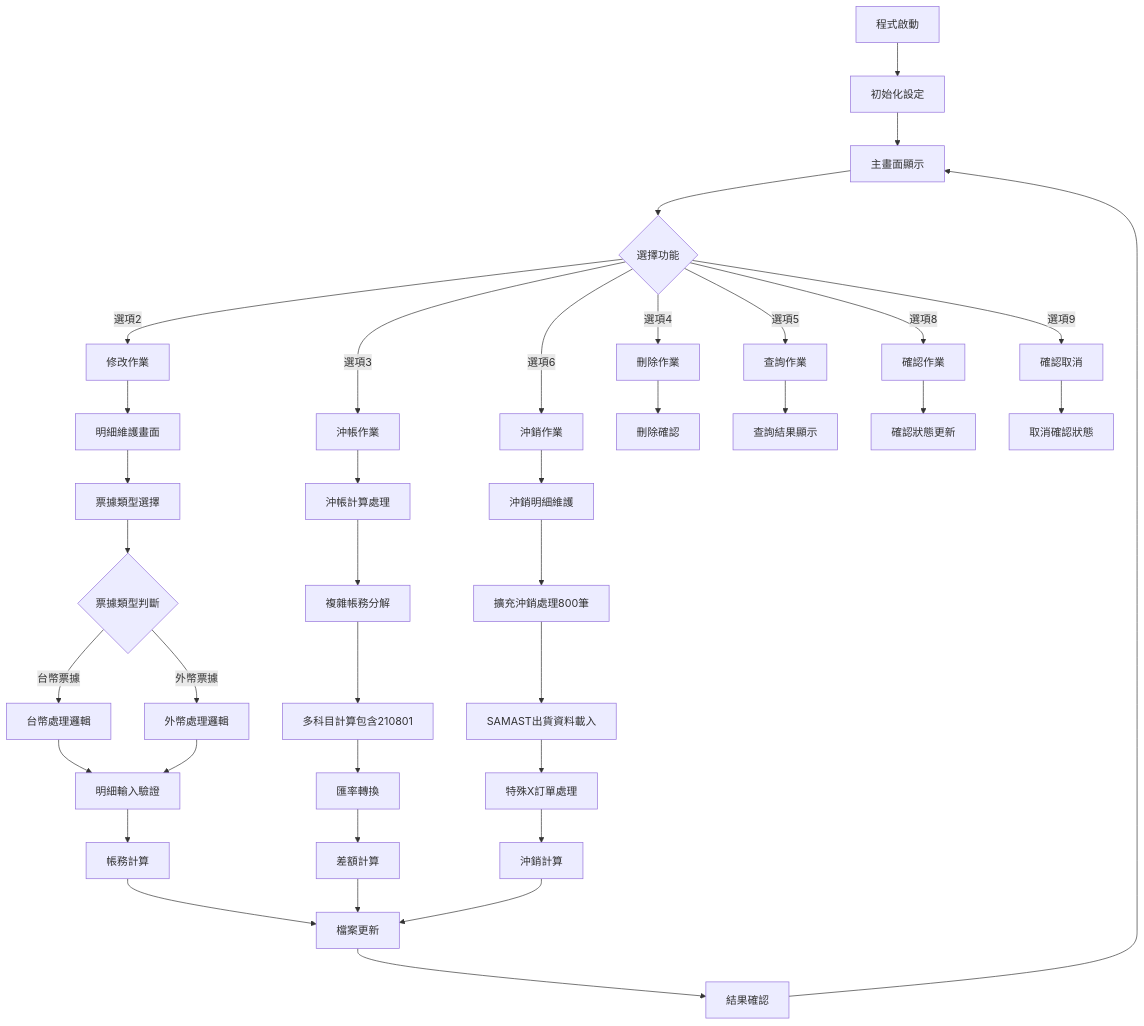
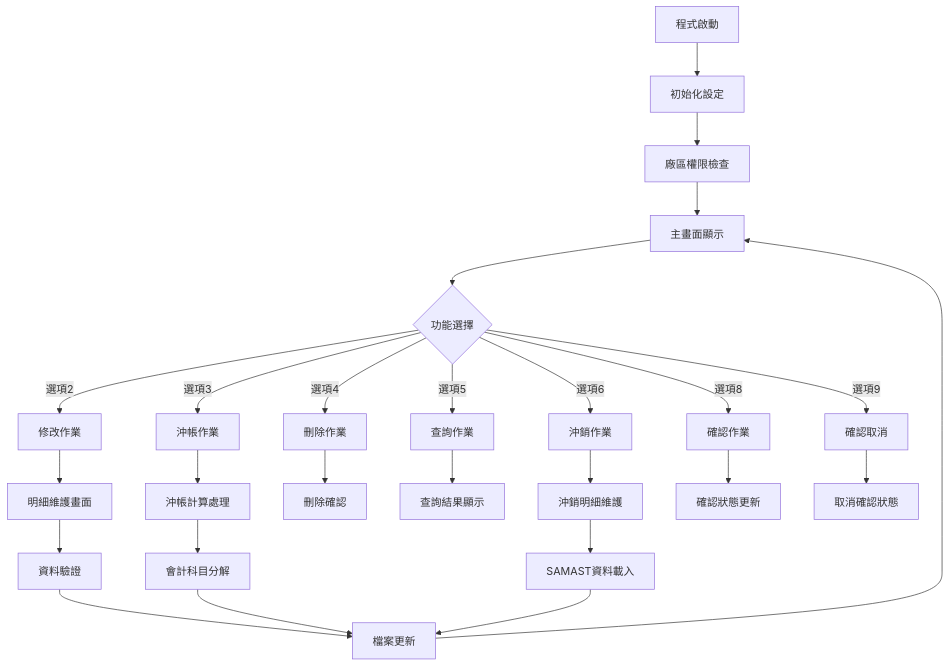
The first of 4 diagrams in 東鋼/規格書/ARE037RS_P02.md (WK195838/tongkang), drawn with Mermaid before and after one commit. The commit also changed other lines of this file, not shown here.

````diff
--- a/東鋼/規格書/ARE037RS_P02.md
+++ b/東鋼/規格書/ARE037RS_P02.md
@@ -22,47 +22,32 @@
 ```mermaid
 flowchart TD
     A[程式啟動] --> B[初始化設定]
-    B --> C[主畫面顯示]
-    C --> D{選擇功能}
+    B --> C[廠區權限檢查]
+    C --> D[主畫面顯示]
+    D --> E{功能選擇}
     
-    D -->|選項2| E[修改作業]
-    D -->|選項3| F[沖帳作業]
-    D -->|選項4| G[刪除作業]
-    D -->|選項5| H[查詢作業]
-    D -->|選項6| I[沖銷作業]
-    D -->|選項8| J[確認作業]
-    D -->|選項9| K[確認取消]
+    E -->|選項2| F[修改作業]
+    E -->|選項3| G[沖帳作業]
+    E -->|選項4| H[刪除作業]
+    E -->|選項5| I[查詢作業]
+    E -->|選項6| J[沖銷作業]
+    E -->|選項8| K[確認作業]
+    E -->|選項9| L[確認取消]
     
-    E --> L[明細維護畫面]
-    F --> M[沖帳計算處理]
-    G --> N[刪除確認]
-    H --> O[查詢結果顯示]
-    I --> P[沖銷明細維護]
-    J --> Q[確認狀態更新]
-    K --> R[取消確認狀態]
+    F --> M[明細維護畫面]
+    G --> N[沖帳計算處理]
+    H --> O[刪除確認]
+    I --> P[查詢結果顯示]
+    J --> Q[沖銷明細維護]
+    K --> R[確認狀態更新]
+    L --> S[取消確認狀態]
     
-    L --> S[票據類型選擇]
-    S --> T{票據類型判斷}
-    T -->|台幣票據| U[台幣處理邏輯]
-    T -->|外幣票據| V[外幣處理邏輯]
+    M --> T[資料驗證]
+    N --> U[會計科目分解]
+    Q --> V[SAMAST資料載入]
     
-    U --> W[明細輸入驗證]
+    T --> W[檔案更新]
+    U --> W
     V --> W
-    W --> X[帳務計算]
-    X --> Y[檔案更新]
-    
-    M --> Z[複雜帳務分解]
-    Z --> AA[多科目計算包含210801]
-    AA --> AB[匯率轉換]
-    AB --> AC[差額計算]
-    AC --> Y
-    
-    P --> AD[擴充沖銷處理800筆]
-    AD --> AE[SAMAST出貨資料載入]
-    AE --> AF[特殊X訂單處理]
-    AF --> AG[沖銷計算]
-    AG --> Y
-    
-    Y --> AH[結果確認]
-    AH --> C
+    W --> D
 ```
````
